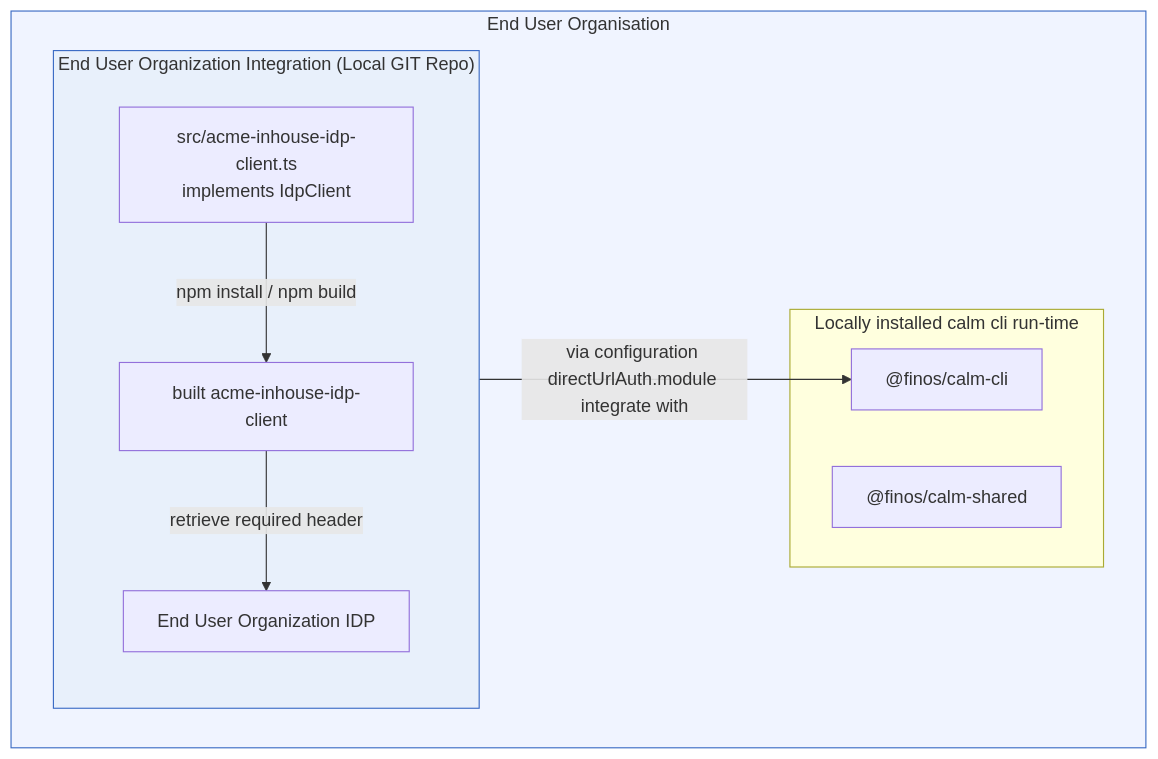
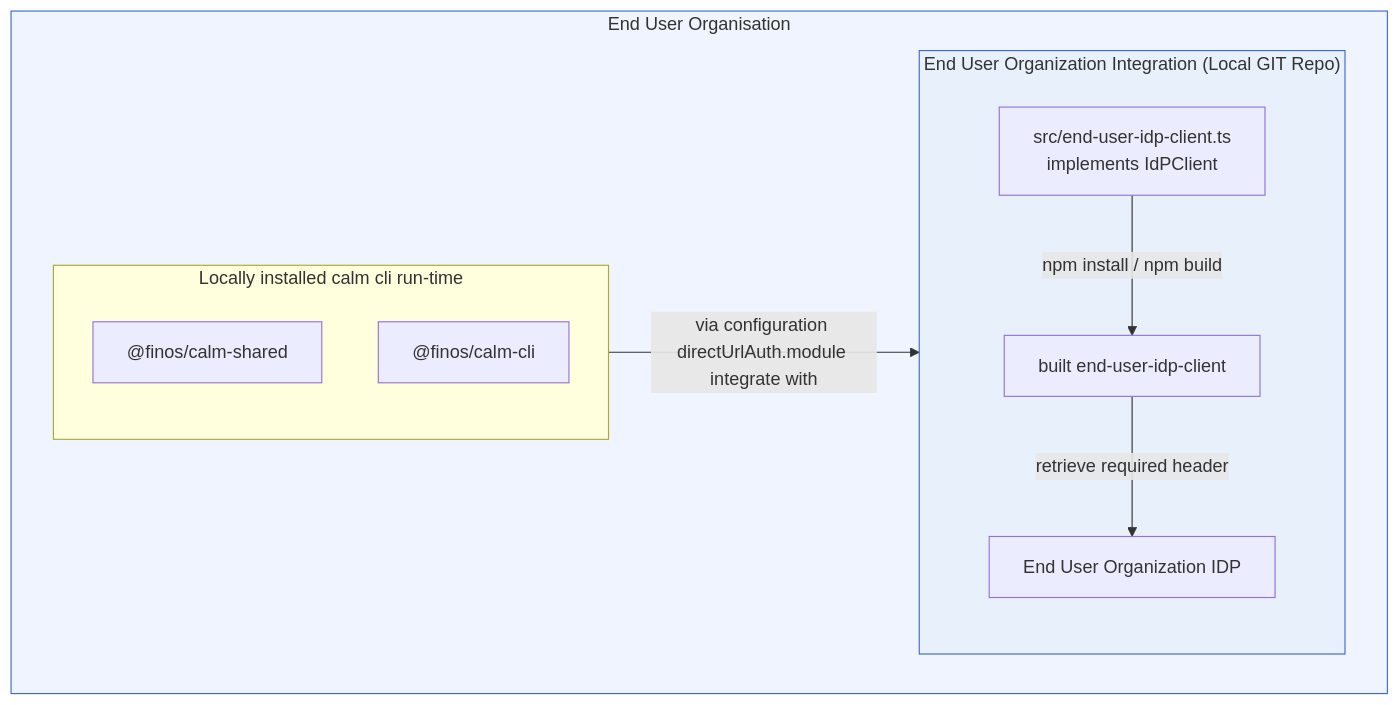
Before and after one commit to finos/architecture-as-code: the diagram in docs/docs/working-with-calm/directurl-auth-plugin.md, drawn with Mermaid. The commit also changed other lines of this file and 1 other file, not shown here.

Commit message:
docs: refine Direct URL auth plugin documentation for clarity and accuracy

````diff
--- a/docs/docs/working-with-calm/directurl-auth-plugin.md
+++ b/docs/docs/working-with-calm/directurl-auth-plugin.md
@@ -10,26 +11,27 @@
 ```mermaid
 graph TB
     subgraph ORG["End User Organisation"]
 
         subgraph CALM_CLI["Locally installed calm cli run-time"]
-            SHARED["@finos/calm-shared"]
-            CLI["@finos/calm-cli"]
+          direction TB
+          SHARED["@finos/calm-shared"]
+          CLI["@finos/calm-cli"]
         end
 
         subgraph INHOUSE["End User Organization Integration (Local GIT Repo)"]
-            direction TB
-            ORG_SRC["src/acme-inhouse-idp-client.ts\nimplements IdpClient"]
-            ORG_AUTH["built acme-inhouse-idp-client"]
-            ORG_IDP["End User Organization IDP"]
+          direction TB
+          ORG_SRC["src/end-user-idp-client.ts\nimplements IdPClient"]
+          ORG_AUTH["built end-user-idp-client"]
+          ORG_IDP["End User Organization IDP"]
         end
 
         ORG_SRC -- "npm install / npm build" --> ORG_AUTH
-        ORG_AUTH -- "via configuration directUrlAuth.module integrate with" --> CLI
+        CALM_CLI -- "via configuration directUrlAuth.module integrate with" --> INHOUSE
         ORG_AUTH -- "retrieve required header" --> ORG_IDP
     end
 
 
     style INHOUSE fill:#e8f0fb,stroke:#3a6bc4
     style ORG fill:#f0f4ff,stroke:#3a6bc4
 
 ```
````
